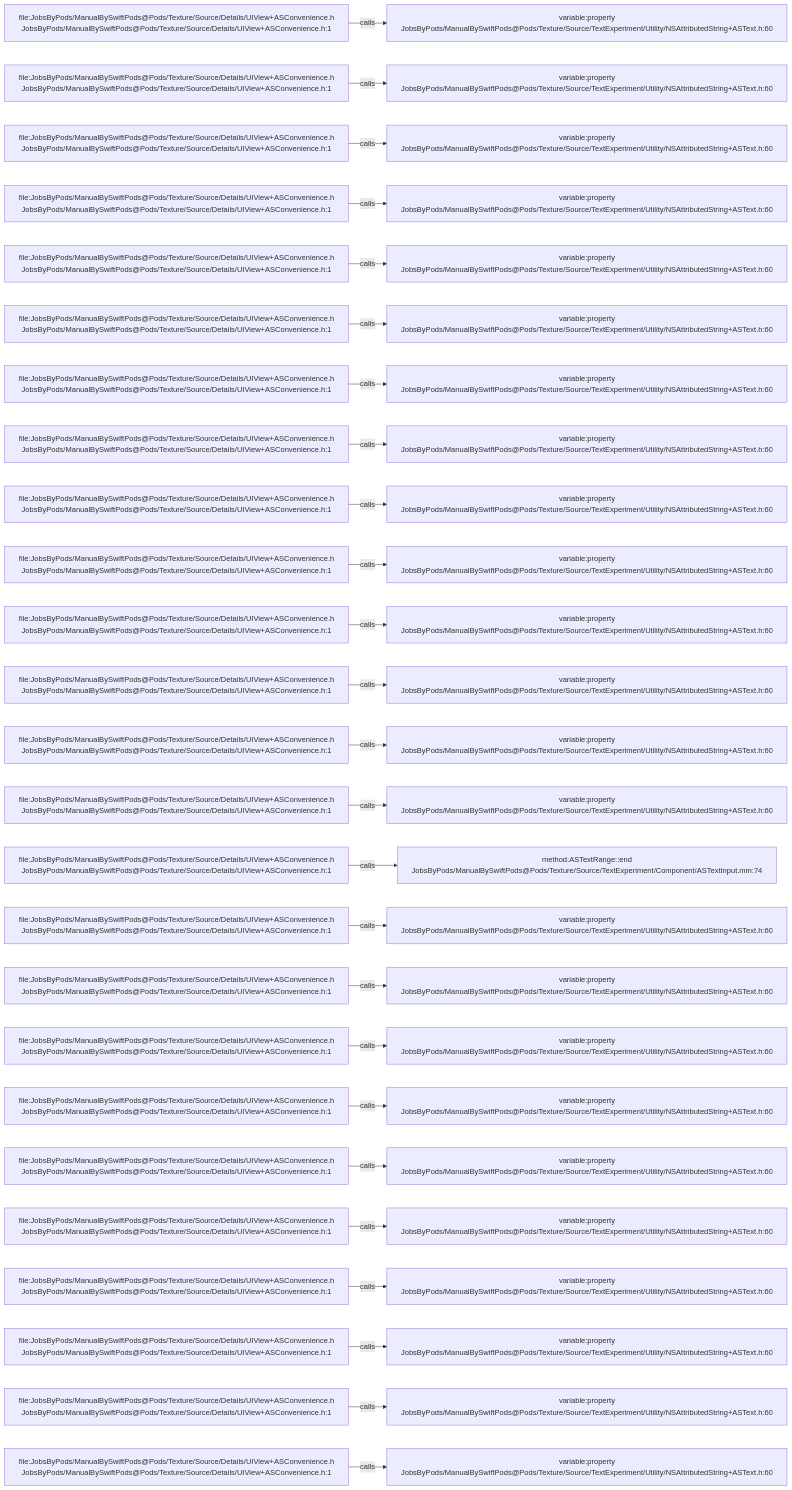
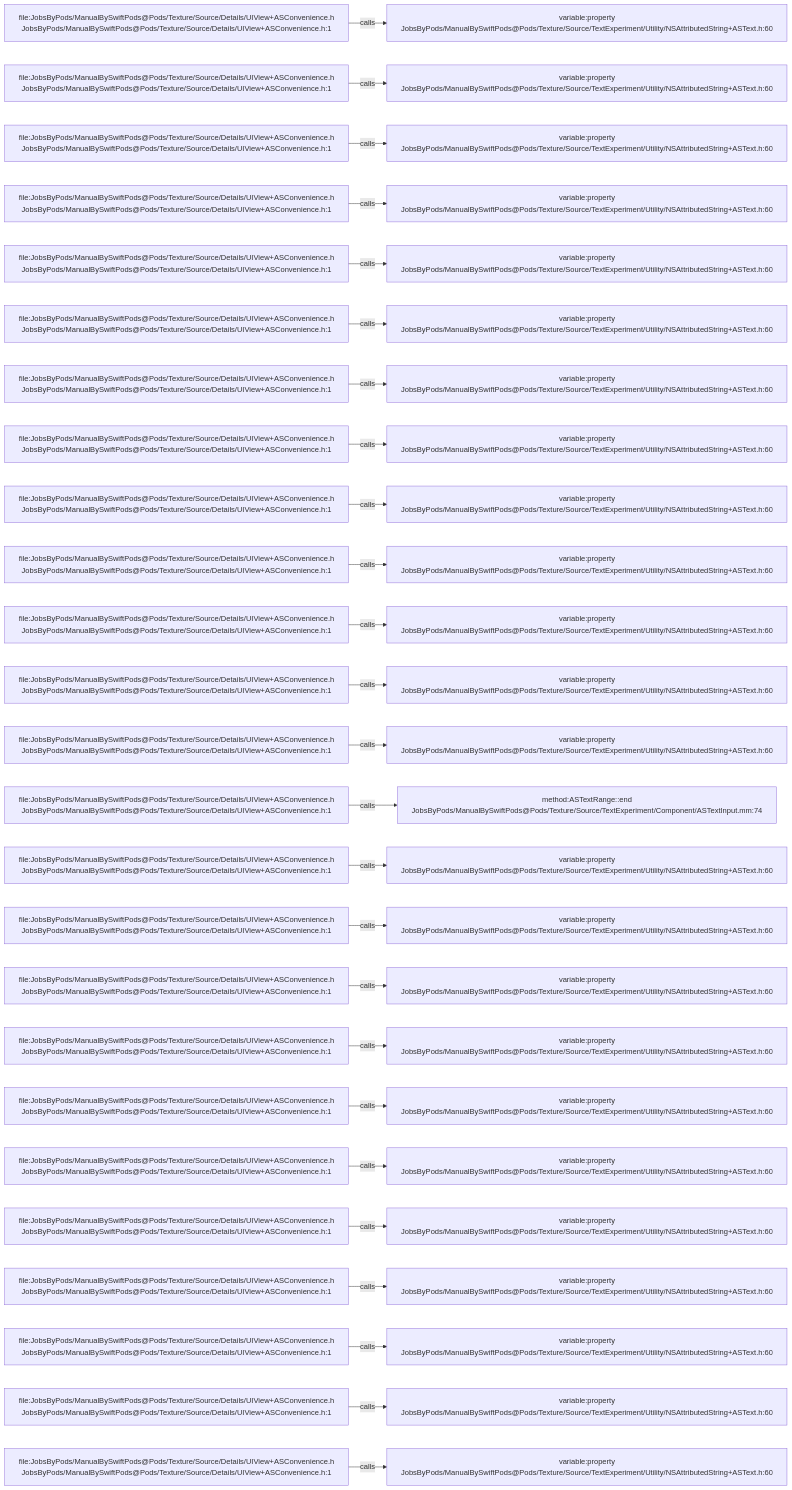
The diagram in .codegraph/codegraph.md/graphs/calls-100.md (JobsKits/JobsSwiftBaseConfigDemo), drawn with Mermaid before and after one commit. The commit also changed 747 other files, not shown here.

````diff
--- a/.codegraph/codegraph.md/graphs/calls-100.md
+++ b/.codegraph/codegraph.md/graphs/calls-100.md
@@ -13,78 +13,78 @@
 ```mermaid
 flowchart LR
   S1["file:JobsByPods/ManualBySwiftPods@Pods/Texture/Source/Details/UIView+ASConvenience.h<br/>JobsByPods/ManualBySwiftPods@Pods/Texture/Source/Details/UIView+ASConvenience.h:1"]
   T1["variable:property<br/>JobsByPods/ManualBySwiftPods@Pods/Texture/Source/TextExperiment/Utility/NSAttributedString+ASText.h:60"]
   S1 -->|calls| T1
   S2["file:JobsByPods/ManualBySwiftPods@Pods/Texture/Source/Details/UIView+ASConvenience.h<br/>JobsByPods/ManualBySwiftPods@Pods/Texture/Source/Details/UIView+ASConvenience.h:1"]
   T2["variable:property<br/>JobsByPods/ManualBySwiftPods@Pods/Texture/Source/TextExperiment/Utility/NSAttributedString+ASText.h:60"]
   S2 -->|calls| T2
   S3["file:JobsByPods/ManualBySwiftPods@Pods/Texture/Source/Details/UIView+ASConvenience.h<br/>JobsByPods/ManualBySwiftPods@Pods/Texture/Source/Details/UIView+ASConvenience.h:1"]
   T3["variable:property<br/>JobsByPods/ManualBySwiftPods@Pods/Texture/Source/TextExperiment/Utility/NSAttributedString+ASText.h:60"]
   S3 -->|calls| T3
   S4["file:JobsByPods/ManualBySwiftPods@Pods/Texture/Source/Details/UIView+ASConvenience.h<br/>JobsByPods/ManualBySwiftPods@Pods/Texture/Source/Details/UIView+ASConvenience.h:1"]
   T4["variable:property<br/>JobsByPods/ManualBySwiftPods@Pods/Texture/Source/TextExperiment/Utility/NSAttributedString+ASText.h:60"]
   S4 -->|calls| T4
   S5["file:JobsByPods/ManualBySwiftPods@Pods/Texture/Source/Details/UIView+ASConvenience.h<br/>JobsByPods/ManualBySwiftPods@Pods/Texture/Source/Details/UIView+ASConvenience.h:1"]
   T5["variable:property<br/>JobsByPods/ManualBySwiftPods@Pods/Texture/Source/TextExperiment/Utility/NSAttributedString+ASText.h:60"]
   S5 -->|calls| T5
   S6["file:JobsByPods/ManualBySwiftPods@Pods/Texture/Source/Details/UIView+ASConvenience.h<br/>JobsByPods/ManualBySwiftPods@Pods/Texture/Source/Details/UIView+ASConvenience.h:1"]
   T6["variable:property<br/>JobsByPods/ManualBySwiftPods@Pods/Texture/Source/TextExperiment/Utility/NSAttributedString+ASText.h:60"]
   S6 -->|calls| T6
   S7["file:JobsByPods/ManualBySwiftPods@Pods/Texture/Source/Details/UIView+ASConvenience.h<br/>JobsByPods/ManualBySwiftPods@Pods/Texture/Source/Details/UIView+ASConvenience.h:1"]
   T7["variable:property<br/>JobsByPods/ManualBySwiftPods@Pods/Texture/Source/TextExperiment/Utility/NSAttributedString+ASText.h:60"]
   S7 -->|calls| T7
   S8["file:JobsByPods/ManualBySwiftPods@Pods/Texture/Source/Details/UIView+ASConvenience.h<br/>JobsByPods/ManualBySwiftPods@Pods/Texture/Source/Details/UIView+ASConvenience.h:1"]
   T8["variable:property<br/>JobsByPods/ManualBySwiftPods@Pods/Texture/Source/TextExperiment/Utility/NSAttributedString+ASText.h:60"]
   S8 -->|calls| T8
   S9["file:JobsByPods/ManualBySwiftPods@Pods/Texture/Source/Details/UIView+ASConvenience.h<br/>JobsByPods/ManualBySwiftPods@Pods/Texture/Source/Details/UIView+ASConvenience.h:1"]
   T9["variable:property<br/>JobsByPods/ManualBySwiftPods@Pods/Texture/Source/TextExperiment/Utility/NSAttributedString+ASText.h:60"]
   S9 -->|calls| T9
   S10["file:JobsByPods/ManualBySwiftPods@Pods/Texture/Source/Details/UIView+ASConvenience.h<br/>JobsByPods/ManualBySwiftPods@Pods/Texture/Source/Details/UIView+ASConvenience.h:1"]
   T10["variable:property<br/>JobsByPods/ManualBySwiftPods@Pods/Texture/Source/TextExperiment/Utility/NSAttributedString+ASText.h:60"]
   S10 -->|calls| T10
   S11["file:JobsByPods/ManualBySwiftPods@Pods/Texture/Source/Details/UIView+ASConvenience.h<br/>JobsByPods/ManualBySwiftPods@Pods/Texture/Source/Details/UIView+ASConvenience.h:1"]
   T11["variable:property<br/>JobsByPods/ManualBySwiftPods@Pods/Texture/Source/TextExperiment/Utility/NSAttributedString+ASText.h:60"]
   S11 -->|calls| T11
   S12["file:JobsByPods/ManualBySwiftPods@Pods/Texture/Source/Details/UIView+ASConvenience.h<br/>JobsByPods/ManualBySwiftPods@Pods/Texture/Source/Details/UIView+ASConvenience.h:1"]
   T12["variable:property<br/>JobsByPods/ManualBySwiftPods@Pods/Texture/Source/TextExperiment/Utility/NSAttributedString+ASText.h:60"]
   S12 -->|calls| T12
   S13["file:JobsByPods/ManualBySwiftPods@Pods/Texture/Source/Details/UIView+ASConvenience.h<br/>JobsByPods/ManualBySwiftPods@Pods/Texture/Source/Details/UIView+ASConvenience.h:1"]
   T13["variable:property<br/>JobsByPods/ManualBySwiftPods@Pods/Texture/Source/TextExperiment/Utility/NSAttributedString+ASText.h:60"]
   S13 -->|calls| T13
   S14["file:JobsByPods/ManualBySwiftPods@Pods/Texture/Source/Details/UIView+ASConvenience.h<br/>JobsByPods/ManualBySwiftPods@Pods/Texture/Source/Details/UIView+ASConvenience.h:1"]
-  T14["variable:property<br/>JobsByPods/ManualBySwiftPods@Pods/Texture/Source/TextExperiment/Utility/NSAttributedString+ASText.h:60"]
+  T14["method:ASTextRange::end<br/>JobsByPods/ManualBySwiftPods@Pods/Texture/Source/TextExperiment/Component/ASTextInput.mm:74"]
   S14 -->|calls| T14
   S15["file:JobsByPods/ManualBySwiftPods@Pods/Texture/Source/Details/UIView+ASConvenience.h<br/>JobsByPods/ManualBySwiftPods@Pods/Texture/Source/Details/UIView+ASConvenience.h:1"]
-  T15["method:ASTextRange::end<br/>JobsByPods/ManualBySwiftPods@Pods/Texture/Source/TextExperiment/Component/ASTextInput.mm:74"]
+  T15["variable:property<br/>JobsByPods/ManualBySwiftPods@Pods/Texture/Source/TextExperiment/Utility/NSAttributedString+ASText.h:60"]
   S15 -->|calls| T15
   S16["file:JobsByPods/ManualBySwiftPods@Pods/Texture/Source/Details/UIView+ASConvenience.h<br/>JobsByPods/ManualBySwiftPods@Pods/Texture/Source/Details/UIView+ASConvenience.h:1"]
   T16["variable:property<br/>JobsByPods/ManualBySwiftPods@Pods/Texture/Source/TextExperiment/Utility/NSAttributedString+ASText.h:60"]
   S16 -->|calls| T16
   S17["file:JobsByPods/ManualBySwiftPods@Pods/Texture/Source/Details/UIView+ASConvenience.h<br/>JobsByPods/ManualBySwiftPods@Pods/Texture/Source/Details/UIView+ASConvenience.h:1"]
   T17["variable:property<br/>JobsByPods/ManualBySwiftPods@Pods/Texture/Source/TextExperiment/Utility/NSAttributedString+ASText.h:60"]
   S17 -->|calls| T17
   S18["file:JobsByPods/ManualBySwiftPods@Pods/Texture/Source/Details/UIView+ASConvenience.h<br/>JobsByPods/ManualBySwiftPods@Pods/Texture/Source/Details/UIView+ASConvenience.h:1"]
   T18["variable:property<br/>JobsByPods/ManualBySwiftPods@Pods/Texture/Source/TextExperiment/Utility/NSAttributedString+ASText.h:60"]
   S18 -->|calls| T18
   S19["file:JobsByPods/ManualBySwiftPods@Pods/Texture/Source/Details/UIView+ASConvenience.h<br/>JobsByPods/ManualBySwiftPods@Pods/Texture/Source/Details/UIView+ASConvenience.h:1"]
   T19["variable:property<br/>JobsByPods/ManualBySwiftPods@Pods/Texture/Source/TextExperiment/Utility/NSAttributedString+ASText.h:60"]
   S19 -->|calls| T19
   S20["file:JobsByPods/ManualBySwiftPods@Pods/Texture/Source/Details/UIView+ASConvenience.h<br/>JobsByPods/ManualBySwiftPods@Pods/Texture/Source/Details/UIView+ASConvenience.h:1"]
   T20["variable:property<br/>JobsByPods/ManualBySwiftPods@Pods/Texture/Source/TextExperiment/Utility/NSAttributedString+ASText.h:60"]
   S20 -->|calls| T20
   S21["file:JobsByPods/ManualBySwiftPods@Pods/Texture/Source/Details/UIView+ASConvenience.h<br/>JobsByPods/ManualBySwiftPods@Pods/Texture/Source/Details/UIView+ASConvenience.h:1"]
   T21["variable:property<br/>JobsByPods/ManualBySwiftPods@Pods/Texture/Source/TextExperiment/Utility/NSAttributedString+ASText.h:60"]
   S21 -->|calls| T21
   S22["file:JobsByPods/ManualBySwiftPods@Pods/Texture/Source/Details/UIView+ASConvenience.h<br/>JobsByPods/ManualBySwiftPods@Pods/Texture/Source/Details/UIView+ASConvenience.h:1"]
   T22["variable:property<br/>JobsByPods/ManualBySwiftPods@Pods/Texture/Source/TextExperiment/Utility/NSAttributedString+ASText.h:60"]
   S22 -->|calls| T22
   S23["file:JobsByPods/ManualBySwiftPods@Pods/Texture/Source/Details/UIView+ASConvenience.h<br/>JobsByPods/ManualBySwiftPods@Pods/Texture/Source/Details/UIView+ASConvenience.h:1"]
   T23["variable:property<br/>JobsByPods/ManualBySwiftPods@Pods/Texture/Source/TextExperiment/Utility/NSAttributedString+ASText.h:60"]
   S23 -->|calls| T23
   S24["file:JobsByPods/ManualBySwiftPods@Pods/Texture/Source/Details/UIView+ASConvenience.h<br/>JobsByPods/ManualBySwiftPods@Pods/Texture/Source/Details/UIView+ASConvenience.h:1"]
   T24["variable:property<br/>JobsByPods/ManualBySwiftPods@Pods/Texture/Source/TextExperiment/Utility/NSAttributedString+ASText.h:60"]
   S24 -->|calls| T24
   S25["file:JobsByPods/ManualBySwiftPods@Pods/Texture/Source/Details/UIView+ASConvenience.h<br/>JobsByPods/ManualBySwiftPods@Pods/Texture/Source/Details/UIView+ASConvenience.h:1"]
   T25["variable:property<br/>JobsByPods/ManualBySwiftPods@Pods/Texture/Source/TextExperiment/Utility/NSAttributedString+ASText.h:60"]
   S25 -->|calls| T25
 ```
````
